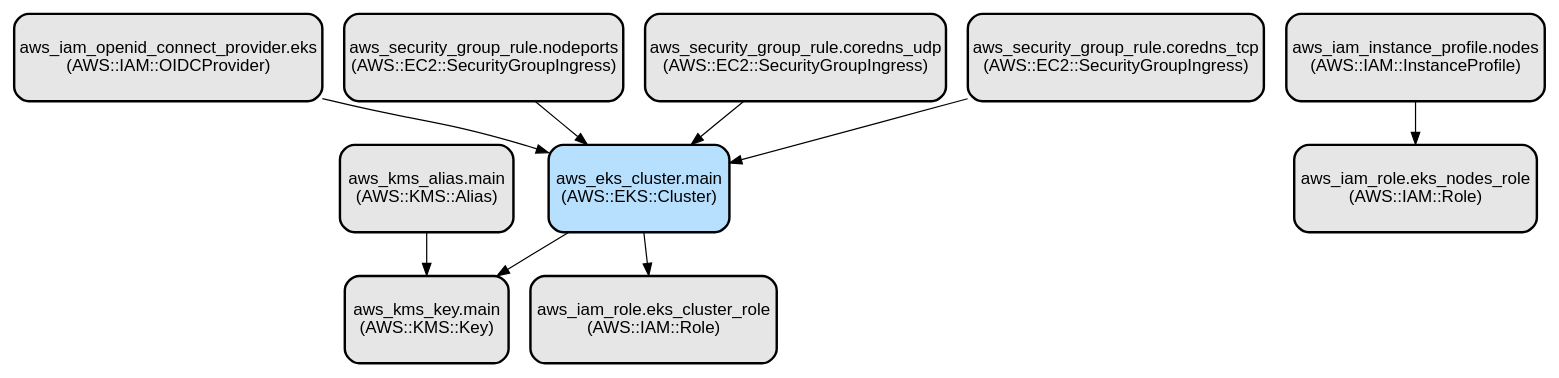
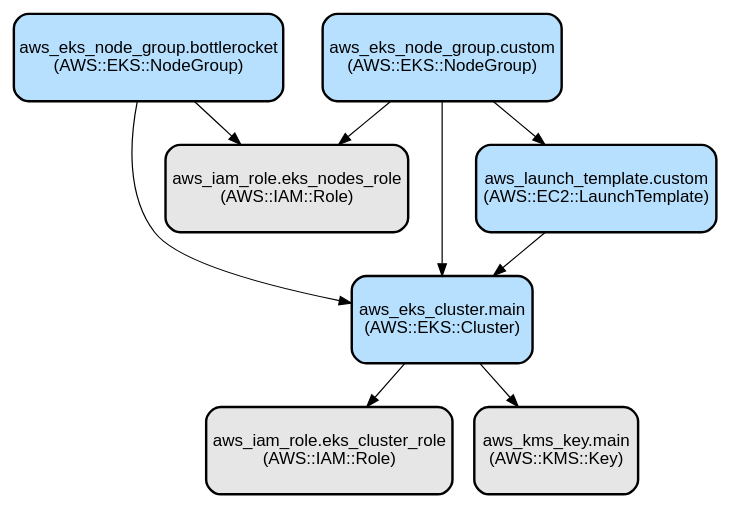
One commit to cquinta/eks-vanilla changed the diagram in docs/infra.dot. Above: the diagram before and after it, drawn with Graphviz. The commit also changed 8 other files, not shown here.

```diff
--- a/docs/infra.dot
+++ b/docs/infra.dot
@@ -1,31 +1,25 @@
 digraph INFRA {
   node [ color = "black", fillcolor = "#E6E6E6", height =1, style = "filled,bold,rounded", fontname = "Arial" ];
   "aws_eks_cluster.main" [ label = "aws_eks_cluster.main
 (AWS::EKS::Cluster)", shape =rectangle, fillcolor = "#B7E0FF" ];
+  "aws_eks_node_group.bottlerocket" [ label = "aws_eks_node_group.bottlerocket
+(AWS::EKS::NodeGroup)", shape =rectangle, fillcolor = "#B7E0FF" ];
+  "aws_eks_node_group.custom" [ label = "aws_eks_node_group.custom
+(AWS::EKS::NodeGroup)", shape =rectangle, fillcolor = "#B7E0FF" ];
+  "aws_launch_template.custom" [ label = "aws_launch_template.custom
+(AWS::EC2::LaunchTemplate)", shape =rectangle, fillcolor = "#B7E0FF" ];
   "aws_iam_role.eks_cluster_role" [ label = "aws_iam_role.eks_cluster_role
 (AWS::IAM::Role)", shape =rectangle ];
   "aws_iam_role.eks_nodes_role" [ label = "aws_iam_role.eks_nodes_role
 (AWS::IAM::Role)", shape =rectangle ];
-  "aws_iam_instance_profile.nodes" [ label = "aws_iam_instance_profile.nodes
-(AWS::IAM::InstanceProfile)", shape =rectangle ];
   "aws_kms_key.main" [ label = "aws_kms_key.main
 (AWS::KMS::Key)", shape =rectangle ];
-  "aws_kms_alias.main" [ label = "aws_kms_alias.main
-(AWS::KMS::Alias)", shape =rectangle ];
-  "aws_iam_openid_connect_provider.eks" [ label = "aws_iam_openid_connect_provider.eks
-(AWS::IAM::OIDCProvider)", shape =rectangle ];
-  "aws_security_group_rule.nodeports" [ label = "aws_security_group_rule.nodeports
-(AWS::EC2::SecurityGroupIngress)", shape =rectangle ];
-  "aws_security_group_rule.coredns_udp" [ label = "aws_security_group_rule.coredns_udp
-(AWS::EC2::SecurityGroupIngress)", shape =rectangle ];
-  "aws_security_group_rule.coredns_tcp" [ label = "aws_security_group_rule.coredns_tcp
-(AWS::EC2::SecurityGroupIngress)", shape =rectangle ];
   "aws_eks_cluster.main" -> "aws_iam_role.eks_cluster_role";
   "aws_eks_cluster.main" -> "aws_kms_key.main";
-  "aws_iam_instance_profile.nodes" -> "aws_iam_role.eks_nodes_role";
-  "aws_kms_alias.main" -> "aws_kms_key.main";
-  "aws_iam_openid_connect_provider.eks" -> "aws_eks_cluster.main";
-  "aws_security_group_rule.nodeports" -> "aws_eks_cluster.main";
-  "aws_security_group_rule.coredns_udp" -> "aws_eks_cluster.main";
-  "aws_security_group_rule.coredns_tcp" -> "aws_eks_cluster.main";
+  "aws_eks_node_group.bottlerocket" -> "aws_eks_cluster.main";
+  "aws_eks_node_group.bottlerocket" -> "aws_iam_role.eks_nodes_role";
+  "aws_eks_node_group.custom" -> "aws_eks_cluster.main";
+  "aws_eks_node_group.custom" -> "aws_iam_role.eks_nodes_role";
+  "aws_eks_node_group.custom" -> "aws_launch_template.custom";
+  "aws_launch_template.custom" -> "aws_eks_cluster.main";
 }
```
